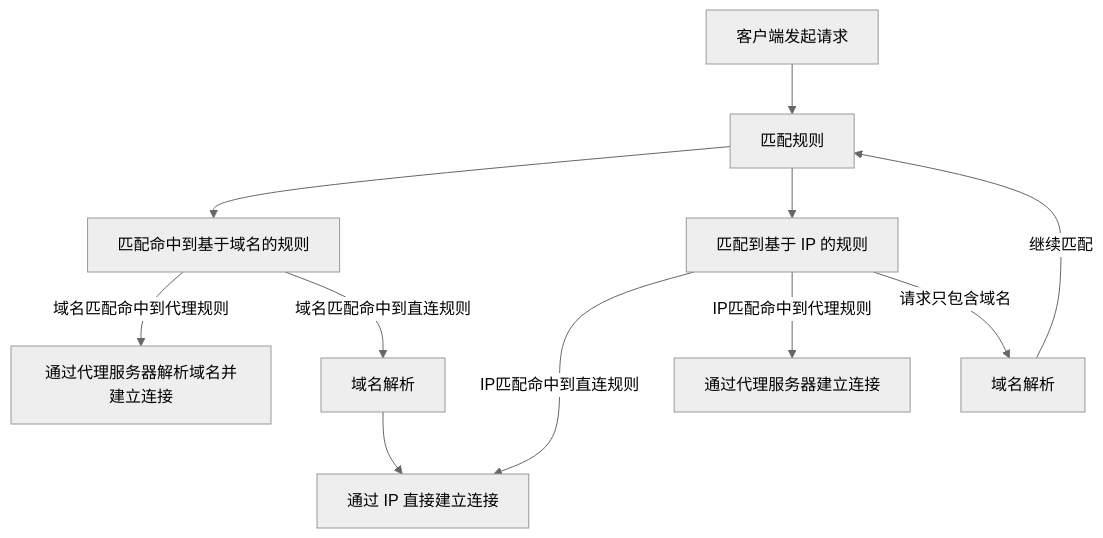
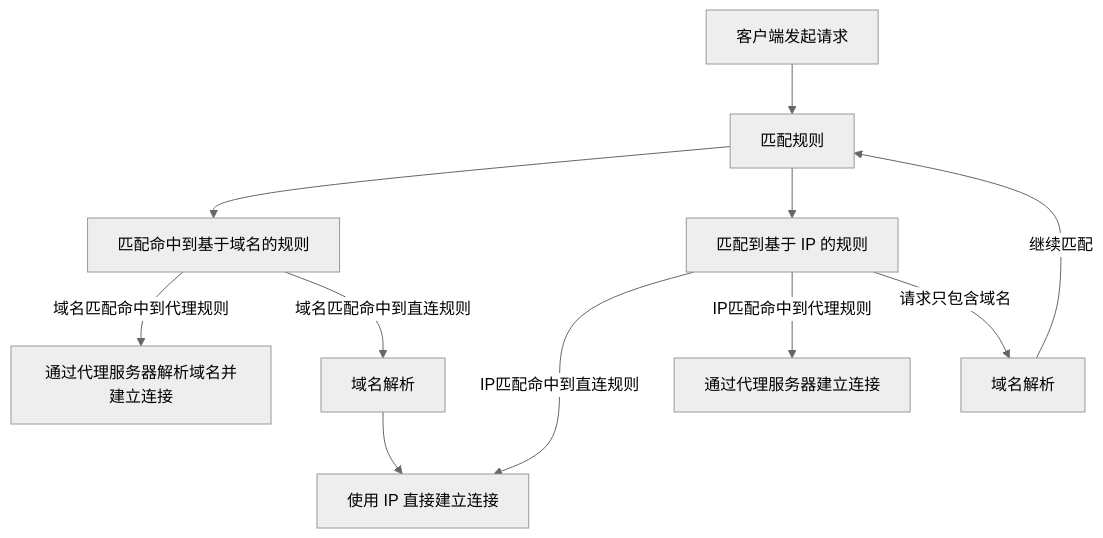
Before and after one commit to Jishi0/sub-rule: the first of 2 diagrams in mihomoDNS解析流程.md, drawn with Mermaid (neutral theme).

````diff
--- a/mihomoDNS解析流程.md
+++ b/mihomoDNS解析流程.md
@@ -2,16 +2,16 @@
 ```mermaid
 flowchart TD
   Start[客户端发起请求] --> rule[匹配规则]
   rule --> Domain[匹配命中到基于域名的规则]
   rule --> IP[匹配到基于 IP 的规则]
 
   Domain --> |域名匹配命中到代理规则|Remote[通过代理服务器解析域名并建立连接]
   Domain --> |域名匹配命中到直连规则|DNS1[域名解析]
-  DNS1 --> Direct[通过 IP 直接建立连接]
+  DNS1 --> Direct[使用 IP 直接建立连接]
 
   IP --> |IP匹配命中到直连规则|Direct
   IP --> |IP匹配命中到代理规则|Proxy[通过代理服务器建立连接]
   IP --> |请求只包含域名|DNS2[域名解析]
   DNS2 --> |继续匹配|rule
 
 ```
````
